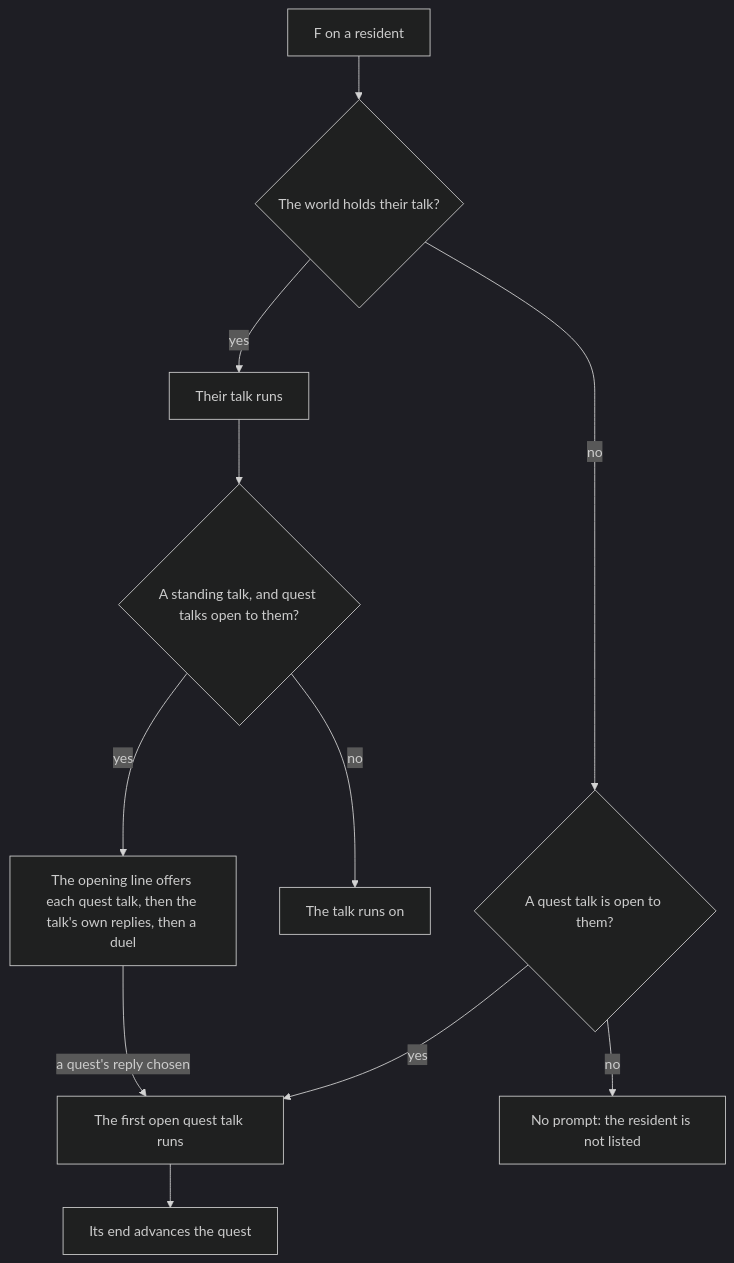
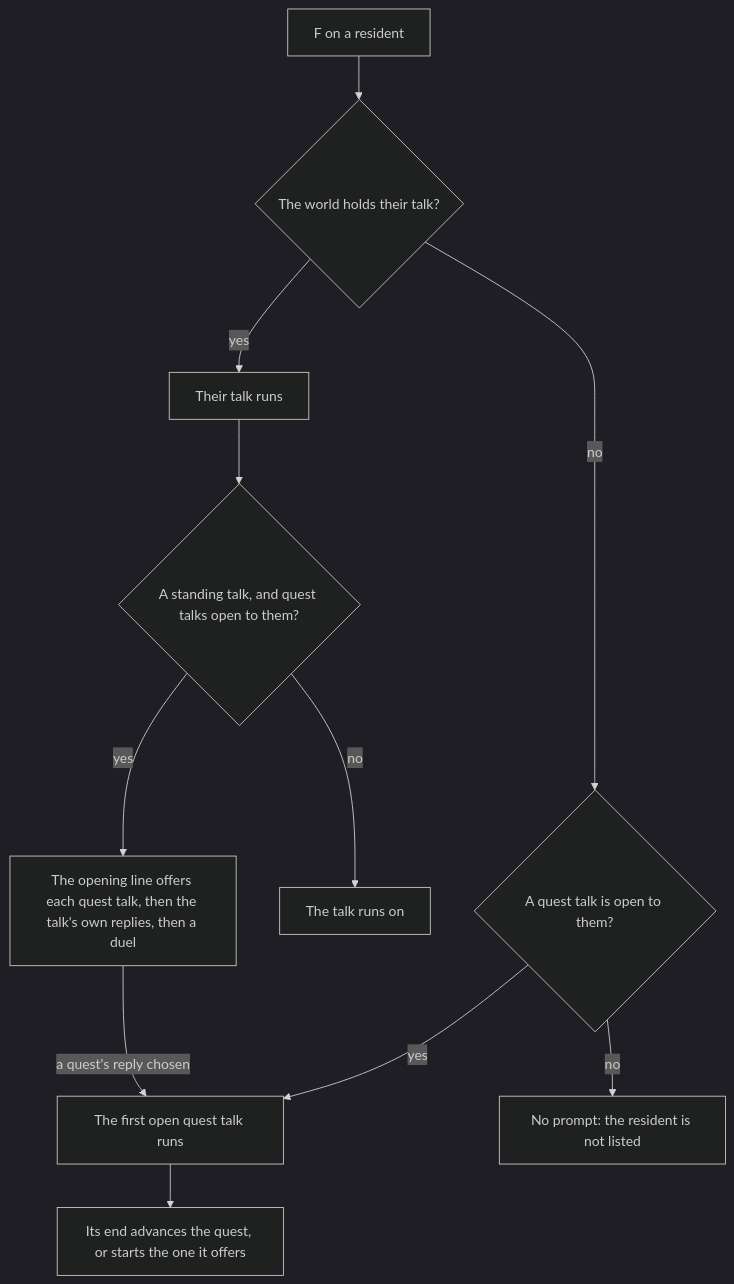
The second of 2 diagrams in apps/web/content/docs/genshin/dialogue.md (Esposter/Esposter), drawn with Mermaid (dark theme) before and after one commit. The commit also changed other lines of this file and 23 other files, not shown here.

````diff
--- a/apps/web/content/docs/genshin/dialogue.md
+++ b/apps/web/content/docs/genshin/dialogue.md
@@ -77,13 +77,13 @@
 ```mermaid
 flowchart TD
   F["F on a resident"] --> HELD{"The world holds their talk?"}
   HELD -->|"yes"| STANDING["Their talk runs"]
   HELD -->|"no"| OPEN{"A quest talk is open to them?"}
   OPEN -->|"yes"| QUEST["The first open quest talk runs"]
   OPEN -->|"no"| NONE["No prompt: the resident is not listed"]
   STANDING --> OFFER{"A standing talk, and quest talks open to them?"}
   OFFER -->|"yes"| REPLIES["The opening line offers each quest talk, then the talk's own replies, then a duel"]
   OFFER -->|"no"| RUN["The talk runs on"]
   REPLIES -->|"a quest's reply chosen"| QUEST
-  QUEST --> END["Its end advances the quest"]
+  QUEST --> END["Its end advances the quest, or starts the one it offers"]
 ```
````
